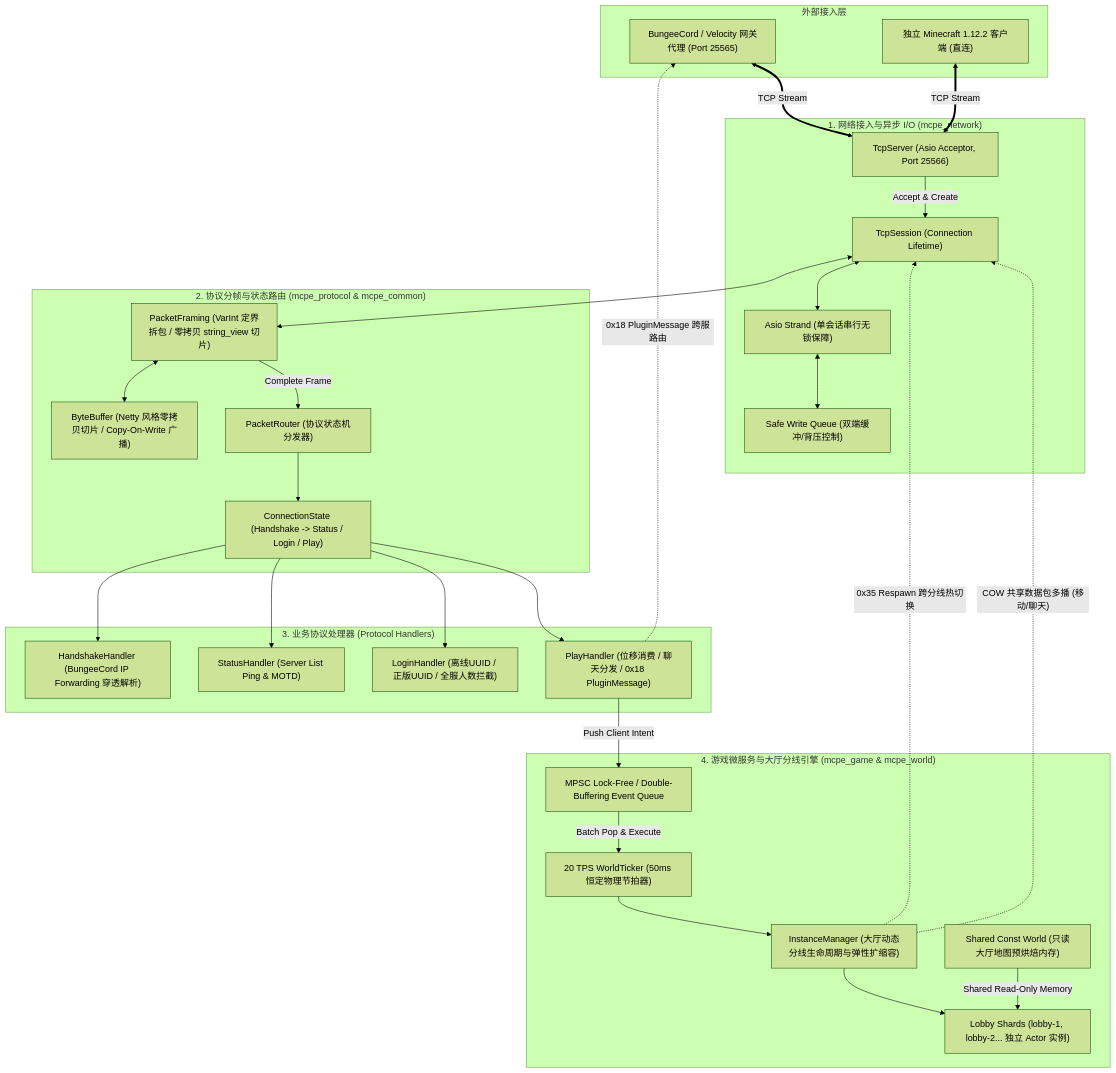
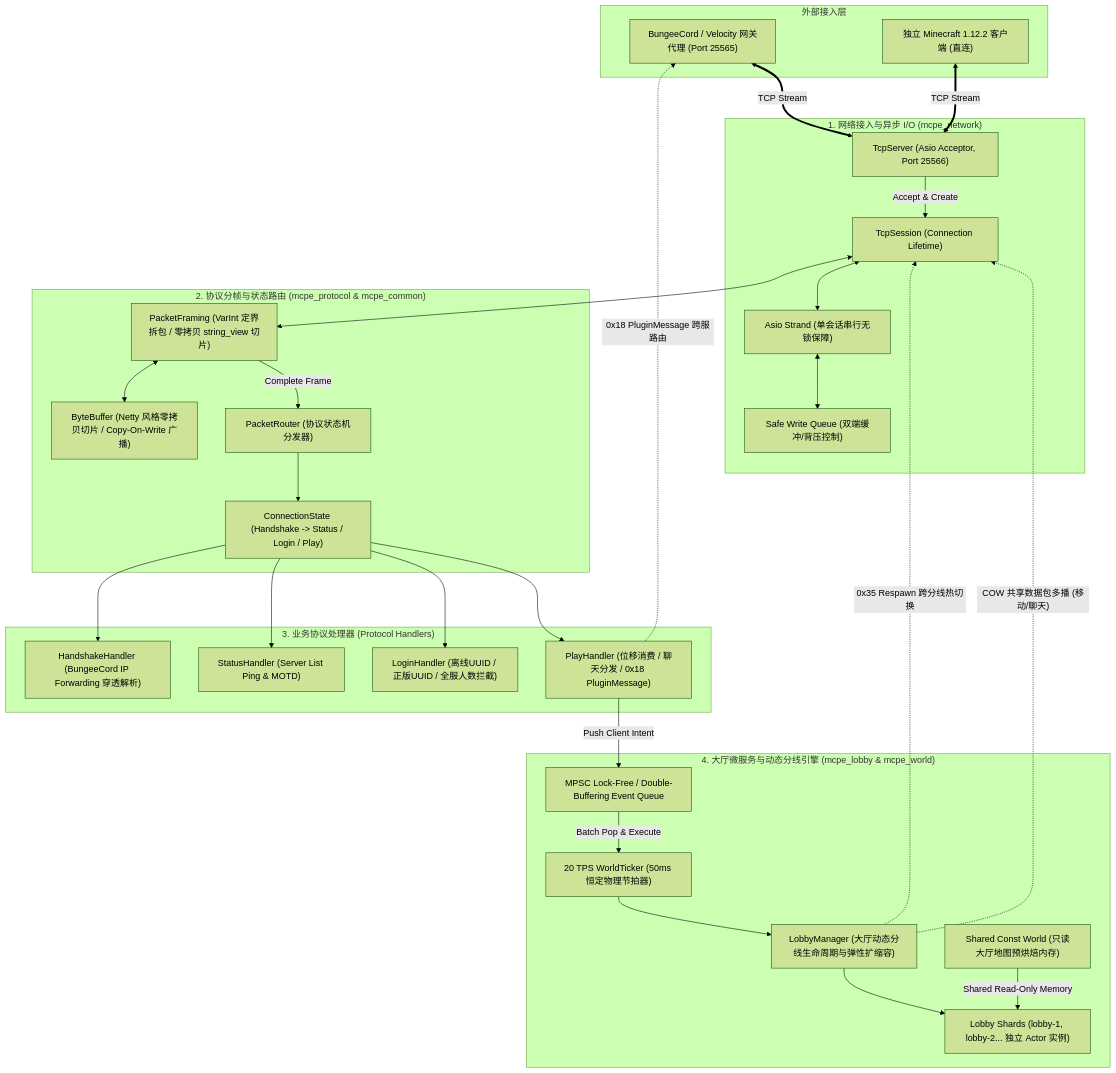
Before and after one commit to syuany/mcpe: the diagram in doc/02_技术选型与系统架构设计.md, drawn with Mermaid (forest theme). The commit also changed other lines of this file and 24 other files, not shown here.

First line of the commit message:
refactor(lobby): replace game layer with dedicated lobby sharding engine

````diff
--- a/doc/02_技术选型与系统架构设计.md
+++ b/doc/02_技术选型与系统架构设计.md
@@ -14,57 +14,57 @@
 ```mermaid
 flowchart TD
     subgraph ClientLayer ["外部接入层"]
         PROXY["BungeeCord / Velocity 网关代理 (Port 25565)"]
         CLIENT["独立 Minecraft 1.12.2 客户端 (直连)"]
     end
 
     subgraph NetworkLayer ["1. 网络接入与异步 I/O (mcpe_network)"]
         TS["TcpServer (Asio Acceptor, Port 25566)"]
         SESS["TcpSession (Connection Lifetime)"]
         STRAND["Asio Strand (单会话串行无锁保障)"]
         WQ["Safe Write Queue (双端缓冲/背压控制)"]
     end
 
     subgraph FramingLayer ["2. 协议分帧与状态路由 (mcpe_protocol & mcpe_common)"]
         PF["PacketFraming (VarInt 定界拆包 / 零拷贝 string_view 切片)"]
         BB["ByteBuffer (Netty 风格零拷贝切片 / Copy-On-Write 广播)"]
         PR["PacketRouter (协议状态机分发器)"]
         CS["ConnectionState (Handshake -> Status / Login / Play)"]
     end
 
     subgraph HandlerLayer ["3. 业务协议处理器 (Protocol Handlers)"]
         HH["HandshakeHandler (BungeeCord IP Forwarding 穿透解析)"]
         SH["StatusHandler (Server List Ping & MOTD)"]
         LH["LoginHandler (离线UUID / 正版UUID / 全服人数拦截)"]
         PH["PlayHandler (位移消费 / 聊天分发 / 0x18 PluginMessage)"]
     end
 
-    subgraph GameEngine ["4. 游戏微服务与大厅分线引擎 (mcpe_game & mcpe_world)"]
+    subgraph LobbyEngine ["4. 大厅微服务与动态分线引擎 (mcpe_lobby & mcpe_world)"]
         MPSC["MPSC Lock-Free / Double-Buffering Event Queue"]
         TICK["20 TPS WorldTicker (50ms 恒定物理节拍器)"]
-        IM["InstanceManager (大厅动态分线生命周期与弹性扩缩容)"]
+        LM["LobbyManager (大厅动态分线生命周期与弹性扩缩容)"]
         WORLD_MEM["Shared Const World (只读大厅地图预烘焙内存)"]
         LOBBY_SHARDS["Lobby Shards (lobby-1, lobby-2... 独立 Actor 实例)"]
     end
 
     %% 数据流走向
     PROXY & CLIENT <==>|"TCP Stream"| TS
     TS -->|"Accept & Create"| SESS
     SESS <--> STRAND
     STRAND <--> WQ
     SESS <--> PF
     PF <--> BB
     PF -->|"Complete Frame"| PR
     PR --> CS
     CS --> HH & SH & LH & PH
 
     PH -->|"Push Client Intent"| MPSC
     MPSC -->|"Batch Pop & Execute"| TICK
-    TICK --> IM
-    IM --> LOBBY_SHARDS
+    TICK --> LM
+    LM --> LOBBY_SHARDS
     WORLD_MEM -->|"Shared Read-Only Memory"| LOBBY_SHARDS
 
-    IM -.->|"0x35 Respawn 跨分线热切换"| SESS
-    IM -.->|"COW 共享数据包多播 (移动/聊天)"| SESS
+    LM -.->|"0x35 Respawn 跨分线热切换"| SESS
+    LM -.->|"COW 共享数据包多播 (移动/聊天)"| SESS
     PH -.->|"0x18 PluginMessage 跨服路由"| PROXY
 ```
````
